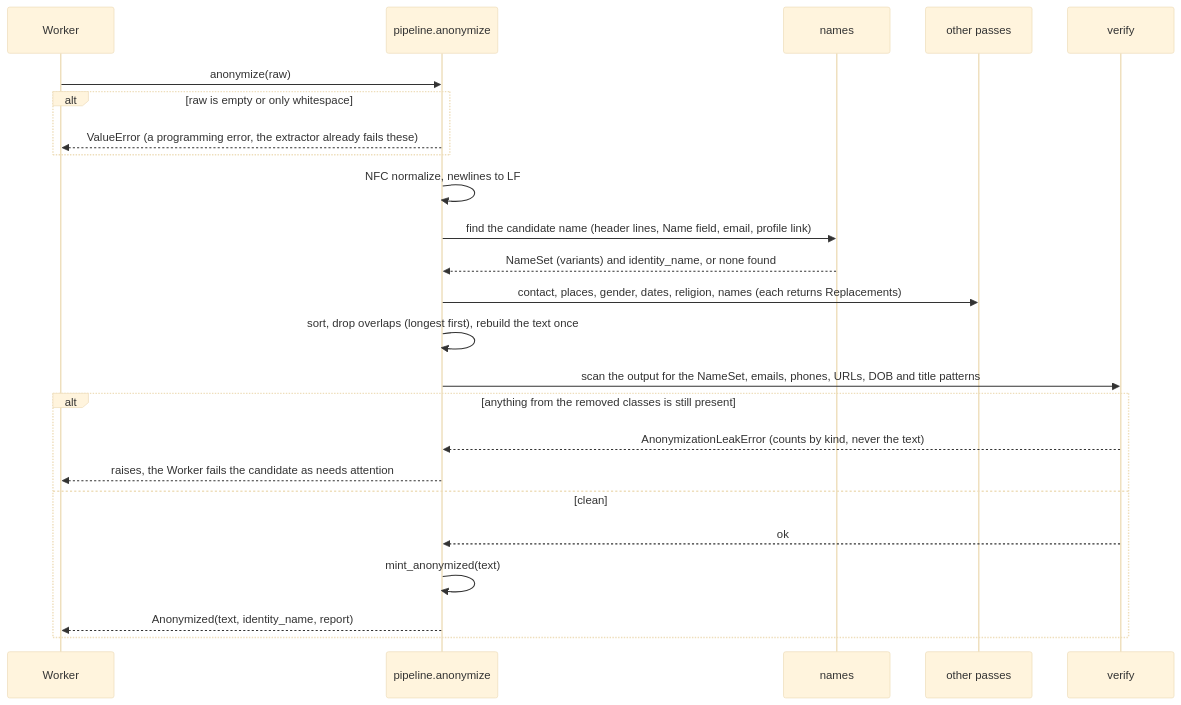
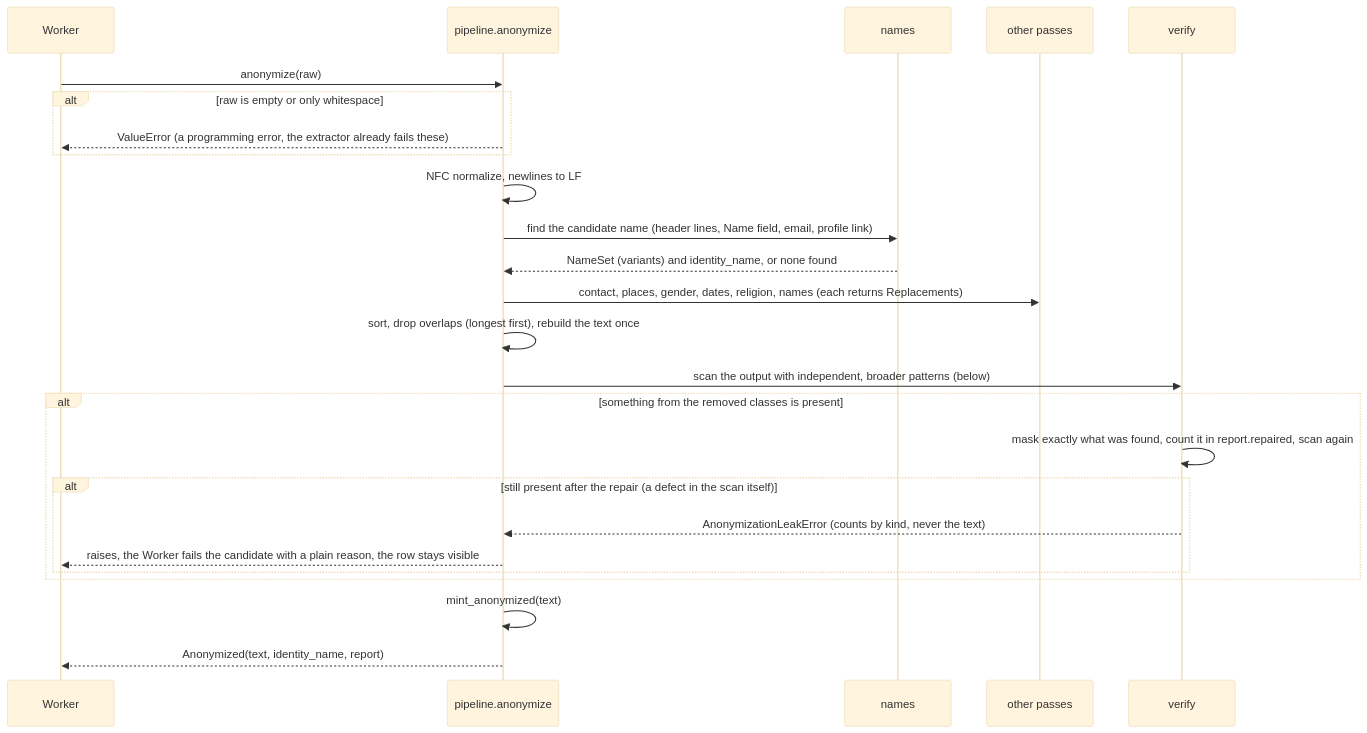
The diagram in docs/design/anonymizer-lld.md (venkatmidhunmareedu/hirekit), drawn with Mermaid (base theme) before and after one commit. The commit also changed other lines of this file, not shown here.

````diff
--- a/docs/design/anonymizer-lld.md
+++ b/docs/design/anonymizer-lld.md
@@ -74,26 +74,27 @@
 ```mermaid
 sequenceDiagram
     participant W as Worker
     participant P as pipeline.anonymize
     participant N as names
     participant X as other passes
     participant V as verify
     W->>P: anonymize(raw)
     alt raw is empty or only whitespace
         P-->>W: ValueError (a programming error, the extractor already fails these)
     end
     P->>P: NFC normalize, newlines to LF
     P->>N: find the candidate name (header lines, Name field, email, profile link)
     N-->>P: NameSet (variants) and identity_name, or none found
     P->>X: contact, places, gender, dates, religion, names (each returns Replacements)
     P->>P: sort, drop overlaps (longest first), rebuild the text once
-    P->>V: scan the output for the NameSet, emails, phones, URLs, DOB and title patterns
-    alt anything from the removed classes is still present
-        V-->>P: AnonymizationLeakError (counts by kind, never the text)
-        P-->>W: raises, the Worker fails the candidate as needs attention
-    else clean
-        V-->>P: ok
-        P->>P: mint_anonymized(text)
-        P-->>W: Anonymized(text, identity_name, report)
+    P->>V: scan the output with independent, broader patterns (below)
+    alt something from the removed classes is present
+        V->>V: mask exactly what was found, count it in report.repaired, scan again
+        alt still present after the repair (a defect in the scan itself)
+            V-->>P: AnonymizationLeakError (counts by kind, never the text)
+            P-->>W: raises, the Worker fails the candidate with a plain reason, the row stays visible
+        end
     end
+    P->>P: mint_anonymized(text)
+    P-->>W: Anonymized(text, identity_name, report)
 ```
````
